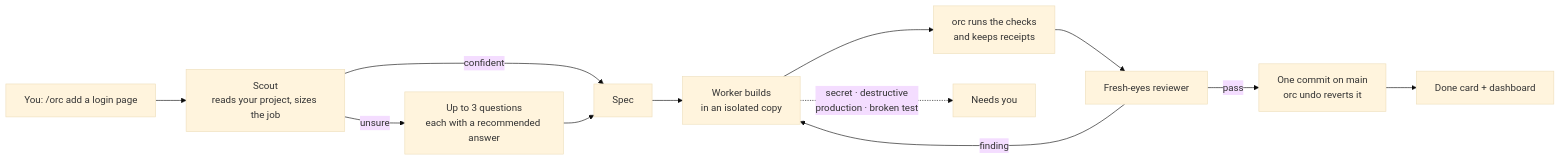
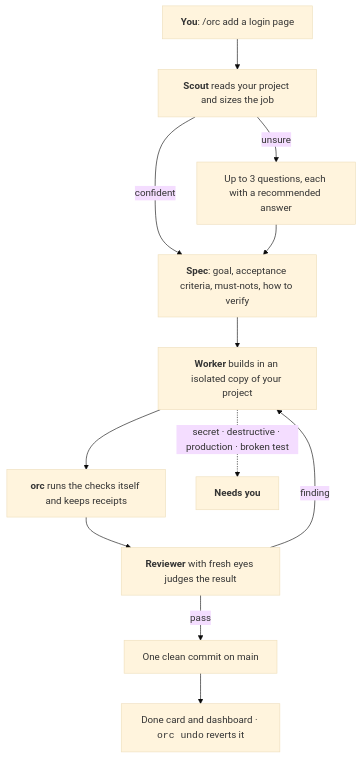
One commit to LevFurmanov/startup_starterpack changed the diagram in README.md. Above: the diagram before and after it, drawn with Mermaid (base theme). The commit also changed other lines of this file and 2 other files, not shown here.

Commit message:
docs(readme): top-down diagram that stays readable, clone note not tied to privacy

````diff
--- a/README.md
+++ b/README.md
@@ -31,14 +31,14 @@
 ```mermaid
-flowchart LR
-  A["You: /orc add a login page"] --> B["Scout<br/>reads your project, sizes the job"]
-  B -->|unsure| Q["Up to 3 questions<br/>each with a recommended answer"]
-  B -->|confident| S["Spec"]
+flowchart TD
+  A["<b>You</b>: /orc add a login page"] --> B["<b>Scout</b> reads your project and sizes the job"]
+  B -->|unsure| Q["Up to 3 questions, each with a recommended answer"]
+  B -->|confident| S["<b>Spec</b>: goal, acceptance criteria, must-nots, how to verify"]
   Q --> S
-  S --> W["Worker builds<br/>in an isolated copy"]
-  W --> C["orc runs the checks<br/>and keeps receipts"]
-  C --> R["Fresh-eyes reviewer"]
+  S --> W["<b>Worker</b> builds in an isolated copy of your project"]
+  W --> C["<b>orc</b> runs the checks itself and keeps receipts"]
+  C --> R["<b>Reviewer</b> with fresh eyes judges the result"]
   R -->|finding| W
-  R -->|pass| M["One commit on main<br/>orc undo reverts it"]
-  M --> D["Done card + dashboard"]
-  W -.->|"secret · destructive<br/>production · broken test"| N["Needs you"]
+  R -->|pass| M["One clean commit on main"]
+  M --> D["Done card and dashboard · <code>orc undo</code> reverts it"]
+  W -.->|secret · destructive · production · broken test| N["<b>Needs you</b>"]
 ```
````
